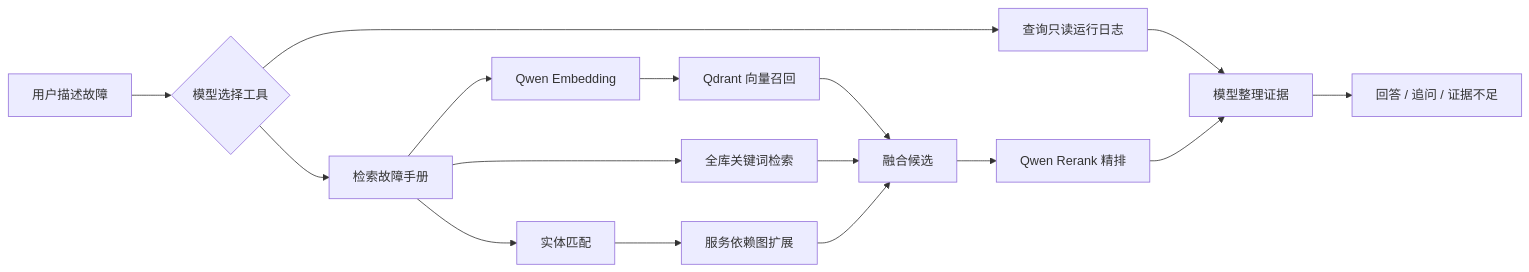
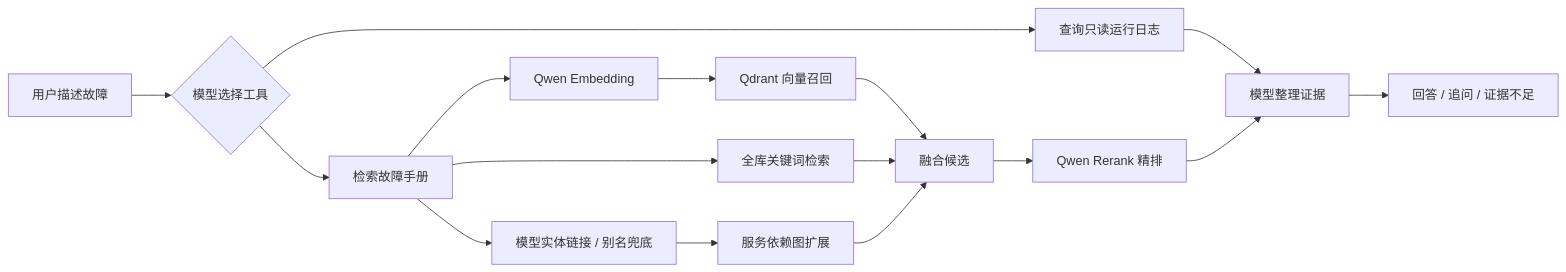
The diagram in README.md (chillin-avid/miniops-agent), drawn with Mermaid before and after one commit. The commit also changed other lines of this file, not shown here.

Commit message:
Document controlled graph entry selection

````diff
--- a/README.md
+++ b/README.md
@@ -17,18 +17,18 @@
 ```mermaid
 flowchart LR
     A[用户描述故障] --> B{模型选择工具}
     B --> C[查询只读运行日志]
     B --> D[检索故障手册]
     D --> E[Qwen Embedding]
     E --> F[Qdrant 向量召回]
     D --> G[全库关键词检索]
-    D --> L[实体匹配]
+    D --> L[模型实体链接 / 别名兜底]
     L --> M[服务依赖图扩展]
     F --> H[融合候选]
     G --> H
     M --> H
     H --> I[Qwen Rerank 精排]
     C --> J[模型整理证据]
     I --> J
     J --> K[回答 / 追问 / 证据不足]
 ```
````
